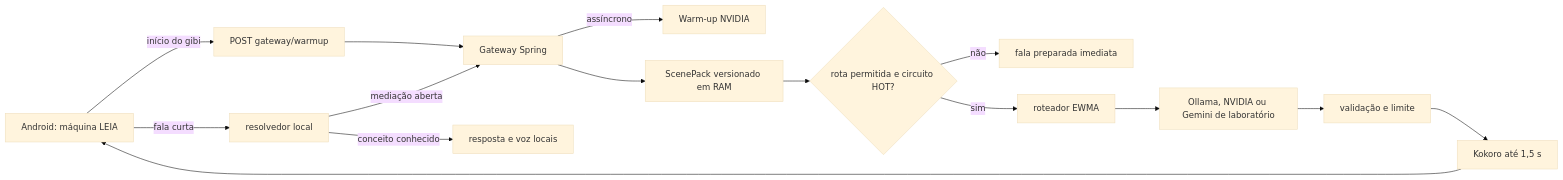
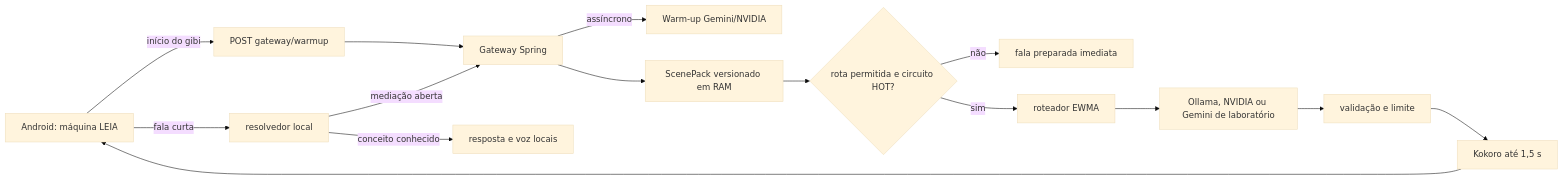
Before and after one commit to Victorzinn704/InterpretaAI: the first of 3 diagrams in docs/AI_GATEWAY_HOT_PATH.md, drawn with Mermaid (base theme). The commit also changed other lines of this file and 16 other files, not shown here.

````diff
--- a/docs/AI_GATEWAY_HOT_PATH.md
+++ b/docs/AI_GATEWAY_HOT_PATH.md
@@ -11,17 +11,17 @@
 ```mermaid
 flowchart LR
     A[Android: máquina LEIA] -->|início do gibi| B[POST gateway/warmup]
     B --> C[Gateway Spring]
-    C -->|assíncrono| D[Warm-up NVIDIA]
+    C -->|assíncrono| D[Warm-up Gemini/NVIDIA]
     A -->|fala curta| E[resolvedor local]
     E -->|conceito conhecido| F[resposta e voz locais]
     E -->|mediação aberta| C
     C --> P[ScenePack versionado em RAM]
     P --> G{rota permitida e circuito HOT?}
     G -->|não| H[fala preparada imediata]
     G -->|sim| I[roteador EWMA]
     I --> J[Ollama, NVIDIA ou Gemini de laboratório]
     J --> K[validação e limite]
     K --> L[Kokoro até 1,5 s]
     L --> A
 ```
````
